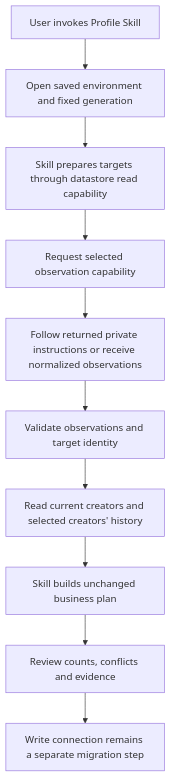
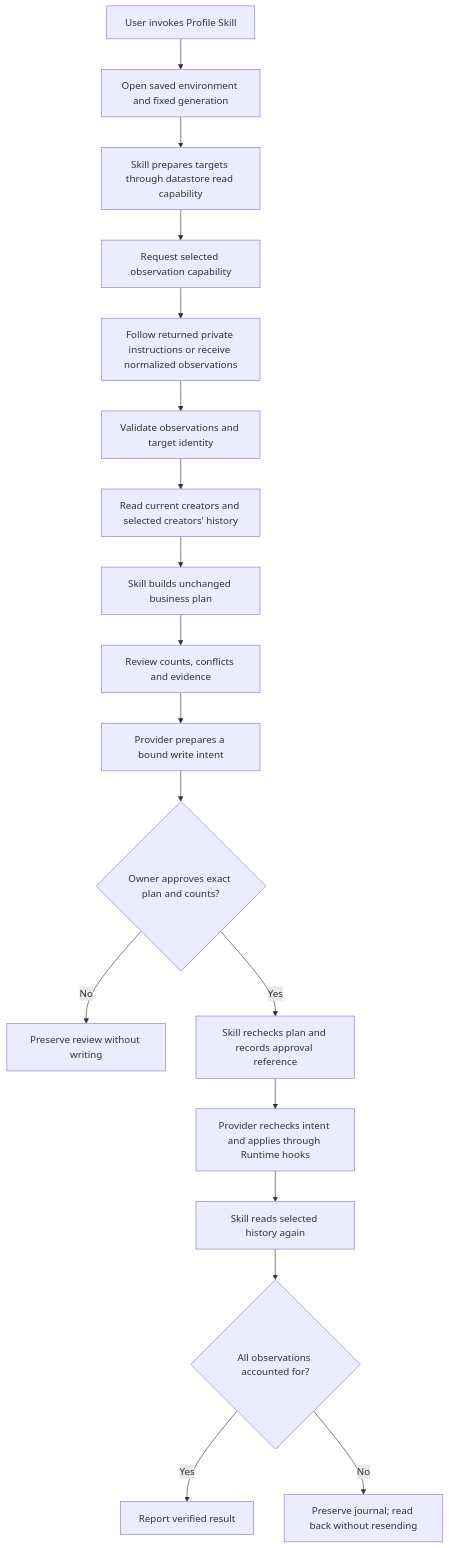
One commit to flair-agency/live-agency-creator-profile-record changed the diagram in references/environment-workflow.md. Above: the diagram before and after it, drawn with Mermaid. The commit also changed other lines of this file and 7 other files, not shown here.

````diff
--- a/references/environment-workflow.md
+++ b/references/environment-workflow.md
@@ -9,12 +11,20 @@
 ```mermaid
 flowchart TD
   U[User invokes Profile Skill] --> E[Open saved environment and fixed generation]
   E --> T[Skill prepares targets through datastore read capability]
   T --> S[Request selected observation capability]
   S --> H[Follow returned private instructions or receive normalized observations]
   H --> V[Validate observations and target identity]
   V --> R[Read current creators and selected creators' history]
   R --> P[Skill builds unchanged business plan]
   P --> O[Review counts, conflicts and evidence]
-  O --> N[Write connection remains a separate migration step]
+  O --> W[Provider prepares a bound write intent]
+  W --> A{Owner approves exact plan and counts?}
+  A -->|No| Stop[Preserve review without writing]
+  A -->|Yes| C[Skill rechecks plan and records approval reference]
+  C --> X[Provider rechecks intent and applies through Runtime hooks]
+  X --> R2[Skill reads selected history again]
+  R2 --> V2{All observations accounted for?}
+  V2 -->|Yes| Done[Report verified result]
+  V2 -->|No| Unresolved[Preserve journal; read back without resending]
 ```
````
